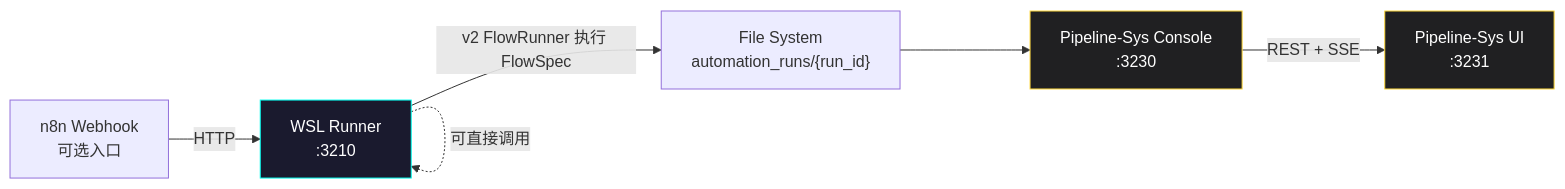
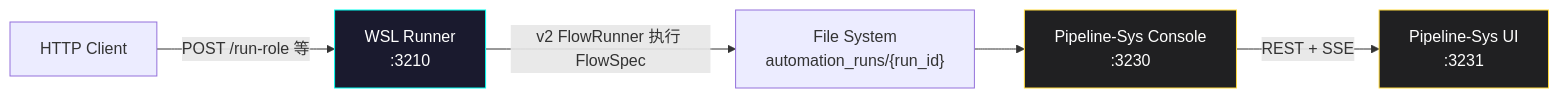
The second of 7 diagrams in workflows/reusable/pipeline-sys/WORKFLOW-OVERVIEW.md (angelash/Footnote), drawn with Mermaid before and after one commit. The commit also changed other lines of this file and 59 other files, not shown here.

````diff
--- a/workflows/reusable/pipeline-sys/WORKFLOW-OVERVIEW.md
+++ b/workflows/reusable/pipeline-sys/WORKFLOW-OVERVIEW.md
@@ -64,12 +64,11 @@
 ```mermaid
 flowchart LR
-    A[n8n Webhook<br/>可选入口] -->|HTTP| B[WSL Runner<br/>:3210]
+    A[HTTP Client] -->|POST /run-role 等| B[WSL Runner<br/>:3210]
     B -->|v2 FlowRunner 执行 FlowSpec| C["File System<br/>automation_runs/{run_id}"]
     C --> D[Pipeline-Sys Console<br/>:3230]
     D -->|REST + SSE| E[Pipeline-Sys UI<br/>:3231]
-    B -.可直接调用.-> B
 
     style B fill:#1a1a2e,stroke:#00fff0,color:#fff
     style D fill:#202022,stroke:#ffd93d,color:#fff
     style E fill:#202022,stroke:#ffd93d,color:#fff
 ```
````
